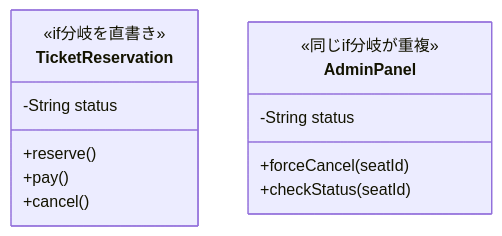
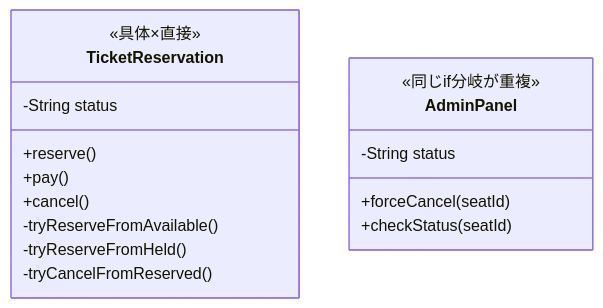
One commit to kumachan1101-pixel/DesignPattern changed the fourth of 11 diagrams in kindle/design-patterns/output/chapter03.md. Above: the diagram before and after it, drawn with Mermaid. The commit also changed other lines of this file and 1 other file, not shown here.

````diff
--- a/kindle/design-patterns/output/chapter03.md
+++ b/kindle/design-patterns/output/chapter03.md
@@ -441,16 +441,19 @@
 ```mermaid
 classDiagram
     class TicketReservation {
-        <<if分岐を直書き>>
+        <<具体×直接>>
         -String status
         +reserve()
         +pay()
         +cancel()
+        -tryReserveFromAvailable()
+        -tryReserveFromHeld()
+        -tryCancelFromReserved()
     }
     class AdminPanel {
         <<同じif分岐が重複>>
         -String status
         +forceCancel(seatId)
         +checkStatus(seatId)
     }
 ```
````
